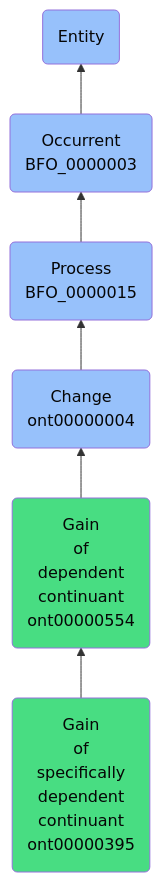
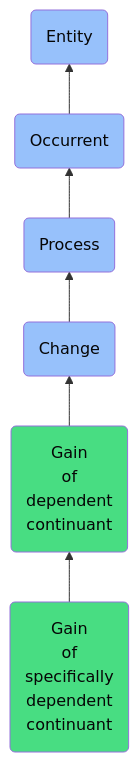
One commit to jupyter-naas/abi changed the diagram in docs/ontology/reference/model/Entity/Occurrent/Process/Change/Gain of dependent continuant/Gain of specifically dependent continuant/Gain of specifically dependent continuant.md. Above: the diagram before and after it, drawn with Mermaid. The commit also changed other lines of this file and 1430 other files, not shown here.

````diff
--- a/docs/ontology/reference/model/Entity/Occurrent/Process/Change/Gain of dependent continuant/Gain of specifically dependent continuant/Gain of specifically dependent continuant.md
+++ b/docs/ontology/reference/model/Entity/Occurrent/Process/Change/Gain of dependent continuant/Gain of specifically dependent continuant/Gain of specifically dependent continuant.md
@@ -24,13 +24,13 @@
 ```mermaid
 graph BT
-    ont00000395(Gain<br>of<br>specifically<br>dependent<br>continuant<br>ont00000395):::ABI-->ont00000554
-    ont00000554(Gain<br>of<br>dependent<br>continuant<br>ont00000554):::ABI-->ont00000004
-    ont00000004(Change<br>ont00000004):::BFO-->BFO_0000015
-    BFO_0000015(Process<br>BFO_0000015):::BFO-->BFO_0000003
-    BFO_0000003(Occurrent<br>BFO_0000003):::BFO-->BFO_0000001
+    ont00000395(Gain<br>of<br>specifically<br>dependent<br>continuant):::ABI-->ont00000554
+    ont00000554(Gain<br>of<br>dependent<br>continuant):::ABI-->ont00000004
+    ont00000004(Change):::BFO-->BFO_0000015
+    BFO_0000015(Process):::BFO-->BFO_0000003
+    BFO_0000003(Occurrent):::BFO-->BFO_0000001
     BFO_0000001(Entity):::BFO
     
     classDef BFO fill:#97c1fb,color:#060606
     classDef CCO fill:#e4c51e,color:#060606
     classDef ABI fill:#48DD82,color:#060606
 ```
````
